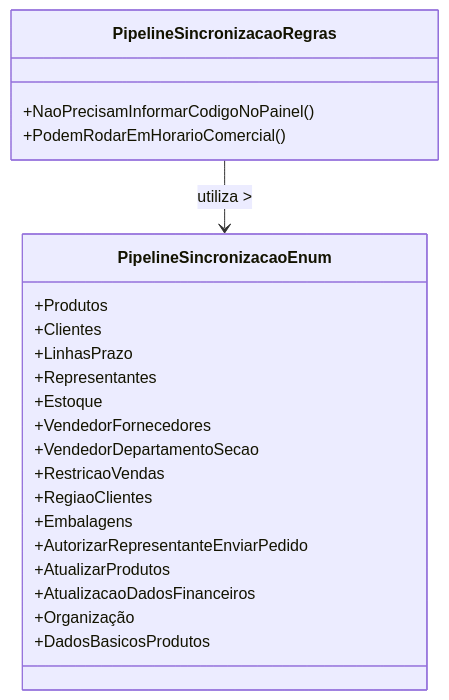
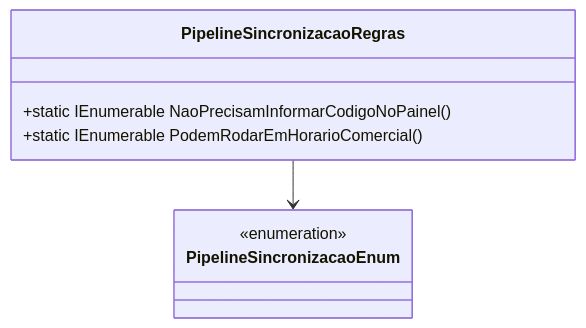
One commit to IsthmusSistemas/documentacao-tecnica changed the diagram in docs/b2b-dominio/IsthmusWinthor.Nucleo/IsthmusWinthor.Dominio/Enumeradores/PipelineSincronizacaoEnum.md. Above: the diagram before and after it, drawn with Mermaid. The commit also changed other lines of this file and 882 other files, not shown here.

````diff
--- a/docs/b2b-dominio/IsthmusWinthor.Nucleo/IsthmusWinthor.Dominio/Enumeradores/PipelineSincronizacaoEnum.md
+++ b/docs/b2b-dominio/IsthmusWinthor.Nucleo/IsthmusWinthor.Dominio/Enumeradores/PipelineSincronizacaoEnum.md
@@ -56,27 +37,13 @@
 ```mermaid
 classDiagram
     class PipelineSincronizacaoRegras {
-        +NaoPrecisamInformarCodigoNoPainel() 
-        +PodemRodarEmHorarioComercial() 
+        +static IEnumerable<PipelineSincronizacaoEnum> NaoPrecisamInformarCodigoNoPainel()
+        +static IEnumerable<PipelineSincronizacaoEnum> PodemRodarEmHorarioComercial()
     }
     
     class PipelineSincronizacaoEnum {
-        +Produtos 
-        +Clientes 
-        +LinhasPrazo 
-        +Representantes 
-        +Estoque 
-        +VendedorFornecedores 
-        +VendedorDepartamentoSecao 
-        +RestricaoVendas 
-        +RegiaoClientes 
-        +Embalagens 
-        +AutorizarRepresentanteEnviarPedido 
-        +AtualizarProdutos 
-        +AtualizacaoDadosFinanceiros 
-        +Organização 
-        +DadosBasicosProdutos 
+        <<enumeration>>
     }
     
-    PipelineSincronizacaoRegras --> PipelineSincronizacaoEnum : utiliza >
+    PipelineSincronizacaoRegras --> PipelineSincronizacaoEnum
 ```
````
